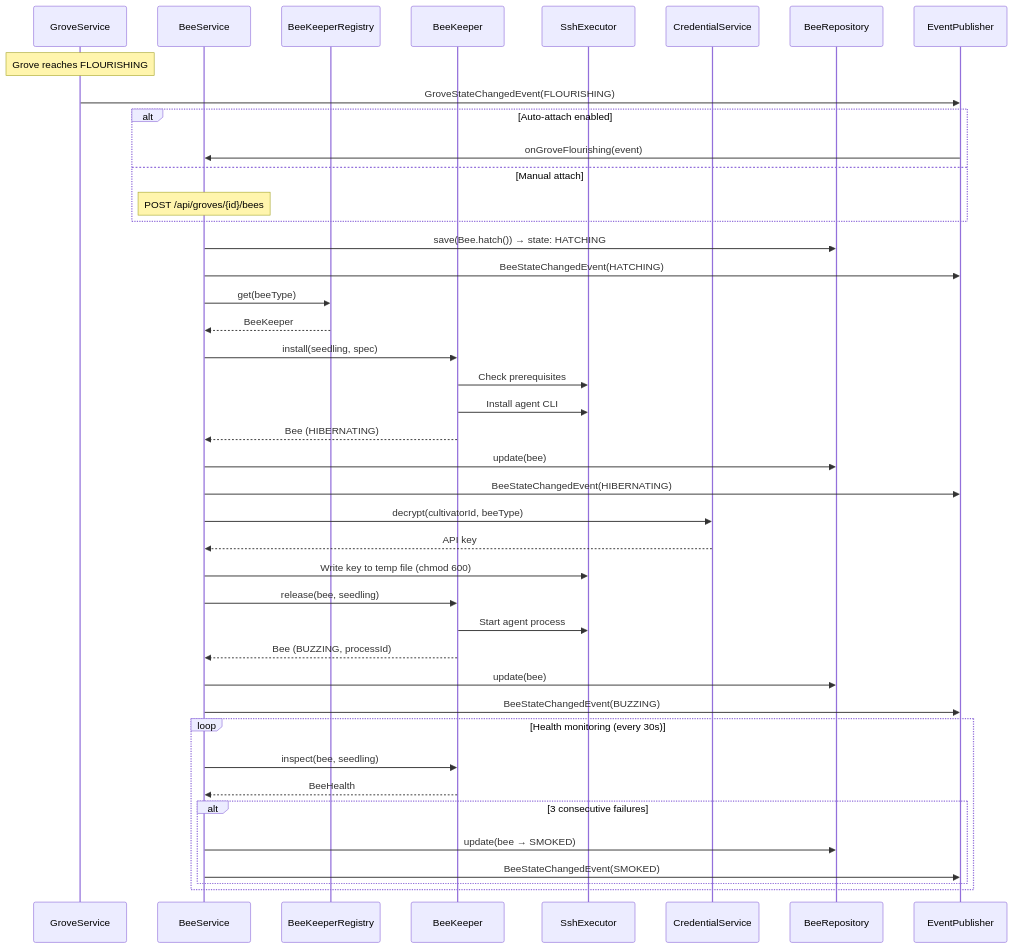
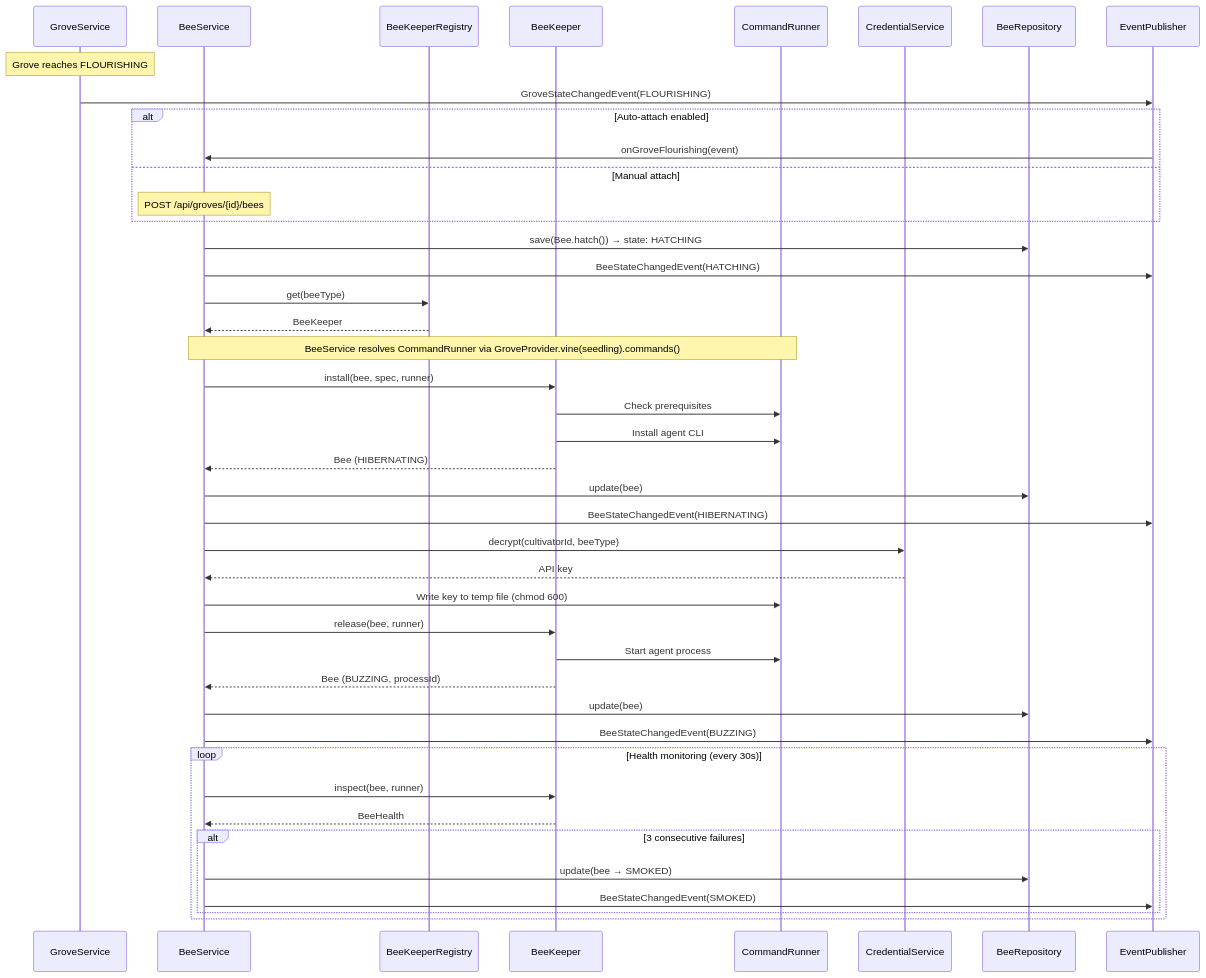
The second of 6 diagrams in docs/architecture/bee-architecture.md (orchard-cde/orchard), drawn with Mermaid before and after one commit. The commit also changed other lines of this file and 60 other files, not shown here.

First line of the commit message:
refactor: extract :vine exec seam and GroveProvider (#86 stage 1) (#224)

````diff
--- a/docs/architecture/bee-architecture.md
+++ b/docs/architecture/bee-architecture.md
@@ -114,52 +118,53 @@
 ```mermaid
 sequenceDiagram
     participant GS as GroveService
     participant BS as BeeService
     participant BKR as BeeKeeperRegistry
     participant BK as BeeKeeper
-    participant SSH as SshExecutor
+    participant CR as CommandRunner
     participant CS as CredentialService
     participant DB as BeeRepository
     participant EP as EventPublisher
 
     Note over GS: Grove reaches FLOURISHING
     GS->>EP: GroveStateChangedEvent(FLOURISHING)
 
     alt Auto-attach enabled
         EP->>BS: onGroveFlourishing(event)
     else Manual attach
         Note over BS: POST /api/groves/{id}/bees
     end
 
     BS->>DB: save(Bee.hatch()) → state: HATCHING
     BS->>EP: BeeStateChangedEvent(HATCHING)
 
     BS->>BKR: get(beeType)
     BKR-->>BS: BeeKeeper
 
-    BS->>BK: install(seedling, spec)
-    BK->>SSH: Check prerequisites
-    BK->>SSH: Install agent CLI
+    Note over BS,CR: BeeService resolves CommandRunner via GroveProvider.vine(seedling).commands()
+    BS->>BK: install(bee, spec, runner)
+    BK->>CR: Check prerequisites
+    BK->>CR: Install agent CLI
     BK-->>BS: Bee (HIBERNATING)
     BS->>DB: update(bee)
     BS->>EP: BeeStateChangedEvent(HIBERNATING)
 
     BS->>CS: decrypt(cultivatorId, beeType)
     CS-->>BS: API key
-    BS->>SSH: Write key to temp file (chmod 600)
+    BS->>CR: Write key to temp file (chmod 600)
 
-    BS->>BK: release(bee, seedling)
-    BK->>SSH: Start agent process
+    BS->>BK: release(bee, runner)
+    BK->>CR: Start agent process
     BK-->>BS: Bee (BUZZING, processId)
     BS->>DB: update(bee)
     BS->>EP: BeeStateChangedEvent(BUZZING)
 
     loop Health monitoring (every 30s)
-        BS->>BK: inspect(bee, seedling)
+        BS->>BK: inspect(bee, runner)
         BK-->>BS: BeeHealth
         alt 3 consecutive failures
             BS->>DB: update(bee → SMOKED)
             BS->>EP: BeeStateChangedEvent(SMOKED)
         end
     end
 ```
````
